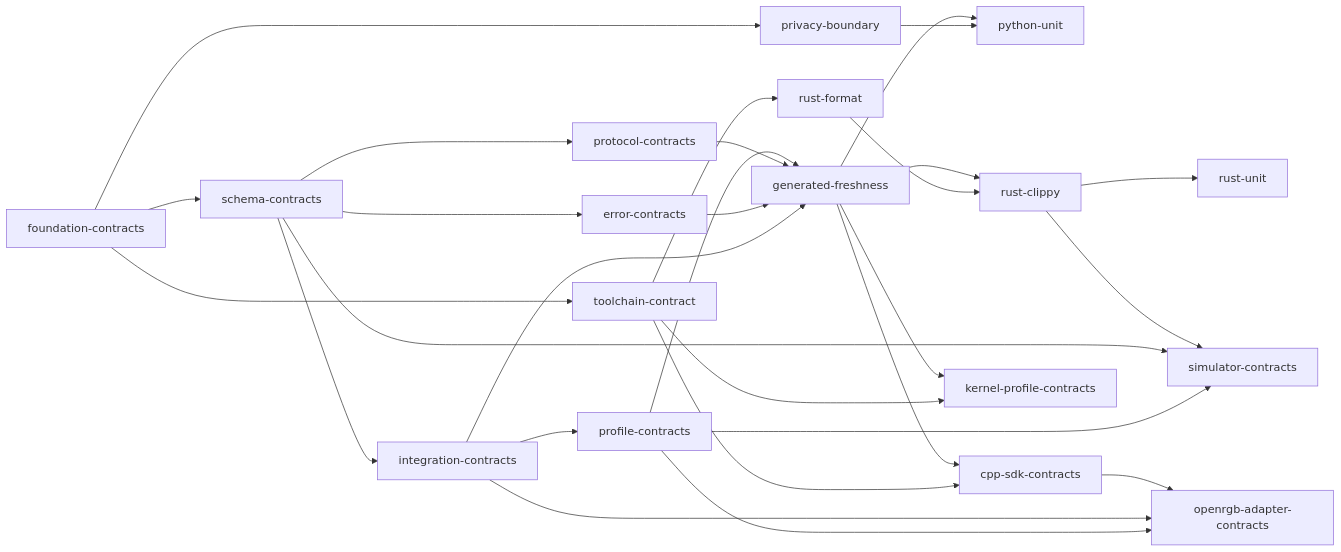
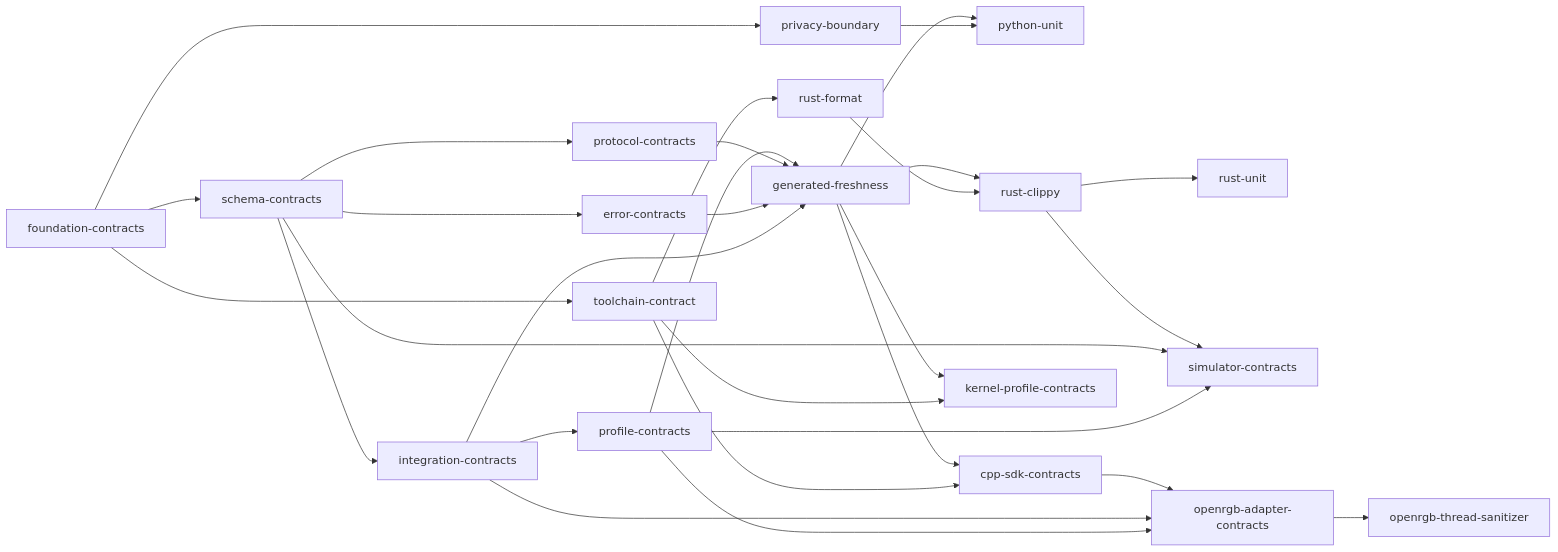
Before and after one commit to offalexjackson777-stack/hyperflux-next: the diagram in docs/generated/verification.md, drawn with Mermaid. The commit also changed other lines of this file and 9 other files, not shown here.

````diff
--- a/docs/generated/verification.md
+++ b/docs/generated/verification.md
@@ -30,47 +31,49 @@
 ```mermaid
 flowchart LR
     foundation_contracts["foundation-contracts"]
     schema_contracts["schema-contracts"]
     privacy_boundary["privacy-boundary"]
     toolchain_contract["toolchain-contract"]
     integration_contracts["integration-contracts"]
     protocol_contracts["protocol-contracts"]
     error_contracts["error-contracts"]
     rust_format["rust-format"]
     profile_contracts["profile-contracts"]
     generated_freshness["generated-freshness"]
     python_unit["python-unit"]
     rust_clippy["rust-clippy"]
     cpp_sdk_contracts["cpp-sdk-contracts"]
     kernel_profile_contracts["kernel-profile-contracts"]
     rust_unit["rust-unit"]
     simulator_contracts["simulator-contracts"]
     openrgb_adapter_contracts["openrgb-adapter-contracts"]
+    openrgb_thread_sanitizer["openrgb-thread-sanitizer"]
     foundation_contracts --> schema_contracts
     foundation_contracts --> privacy_boundary
     foundation_contracts --> toolchain_contract
     schema_contracts --> integration_contracts
     schema_contracts --> protocol_contracts
     schema_contracts --> error_contracts
     toolchain_contract --> rust_format
     integration_contracts --> profile_contracts
     profile_contracts --> generated_freshness
     protocol_contracts --> generated_freshness
     error_contracts --> generated_freshness
     integration_contracts --> generated_freshness
     generated_freshness --> python_unit
     privacy_boundary --> python_unit
     generated_freshness --> rust_clippy
     rust_format --> rust_clippy
     generated_freshness --> cpp_sdk_contracts
     toolchain_contract --> cpp_sdk_contracts
     generated_freshness --> kernel_profile_contracts
     toolchain_contract --> kernel_profile_contracts
     rust_clippy --> rust_unit
     rust_clippy --> simulator_contracts
     schema_contracts --> simulator_contracts
     profile_contracts --> simulator_contracts
     cpp_sdk_contracts --> openrgb_adapter_contracts
     integration_contracts --> openrgb_adapter_contracts
     profile_contracts --> openrgb_adapter_contracts
+    openrgb_adapter_contracts --> openrgb_thread_sanitizer
 ```
````
